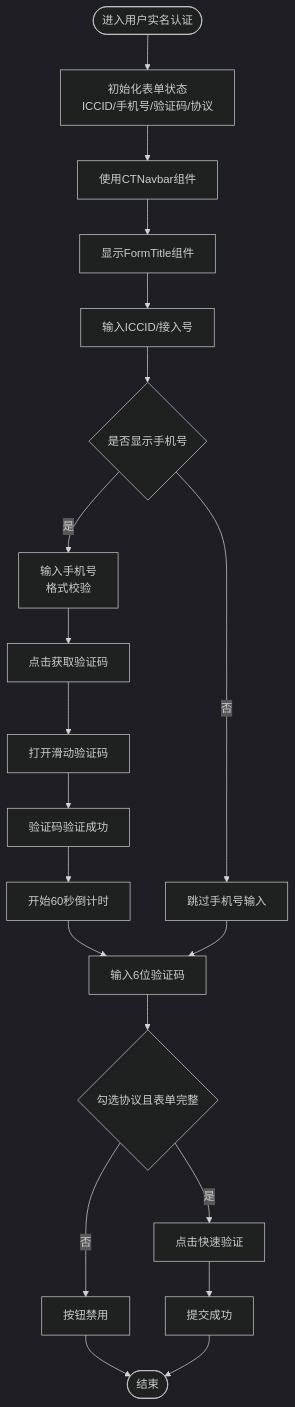
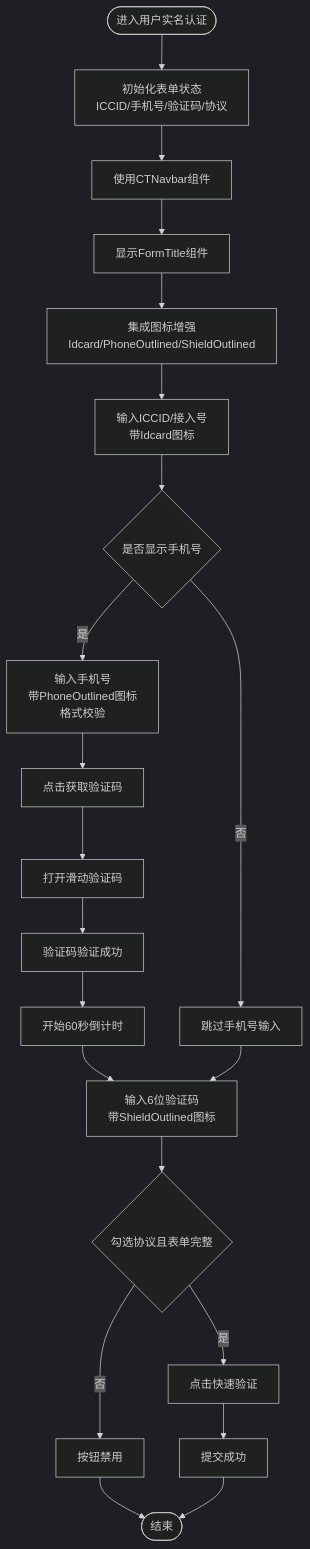
Diagram 11 of 13 in .qoder/repowiki/zh/content/页面组件.md (zuolinbao/redbook), drawn with Mermaid (dark theme) before and after one commit. The commit also changed other lines of this file and 4 other files, not shown here.

Commit message:
feat: 将userRealName和ordinaryuserRealName页面的Field label改为图标形式

````diff
--- a/.qoder/repowiki/zh/content/页面组件.md
+++ b/.qoder/repowiki/zh/content/页面组件.md
@@ -485,22 +494,23 @@
 ```mermaid
 flowchart TD
 Start(["进入用户实名认证"]) --> Init["初始化表单状态<br/>ICCID/手机号/验证码/协议"]
 Init --> CTNavbar["使用CTNavbar组件"]
 CTNavbar --> FormTitle["显示FormTitle组件"]
-FormTitle --> InputICCID["输入ICCID/接入号"]
+FormTitle --> Icons["集成图标增强<br/>Idcard/PhoneOutlined/ShieldOutlined"]
+Icons --> InputICCID["输入ICCID/接入号<br/>带Idcard图标"]
 InputICCID --> CheckPhone{"是否显示手机号"}
-CheckPhone --> |是| InputPhone["输入手机号<br/>格式校验"]
+CheckPhone --> |是| InputPhone["输入手机号<br/>带PhoneOutlined图标<br/>格式校验"]
 CheckPhone --> |否| SkipPhone["跳过手机号输入"]
 InputPhone --> SendCode["点击获取验证码"]
 SendCode --> SliderVerify["打开滑动验证码"]
 SliderVerify --> VerifySuccess["验证码验证成功"]
 VerifySuccess --> Countdown["开始60秒倒计时"]
-Countdown --> InputCode["输入6位验证码"]
+Countdown --> InputCode["输入6位验证码<br/>带ShieldOutlined图标"]
 SkipPhone --> InputCode
 InputCode --> CheckAgreement{"勾选协议且表单完整"}
 CheckAgreement --> |是| Submit["点击快速验证"]
 CheckAgreement --> |否| Disabled["按钮禁用"]
 Submit --> Success["提交成功"]
 Disabled --> End(["结束"])
 Success --> End
 ```
````
